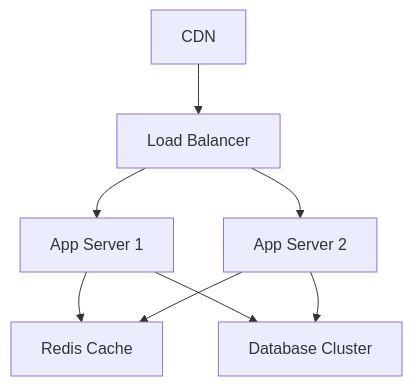
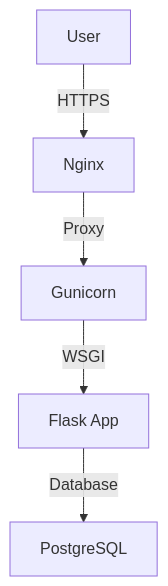
One commit to xvnpw/ai-security-analyzer changed the third of 4 diagrams in examples/github-sec-design-flask-deepseekdeepseek-r1.md. Above: the diagram before and after it, drawn with Mermaid. The commit also changed other lines of this file and 11 other files, not shown here.

````diff
--- a/examples/github-sec-design-flask-deepseekdeepseek-r1.md
+++ b/examples/github-sec-design-flask-deepseekdeepseek-r1.md
@@ -84,10 +91,7 @@
 ```mermaid
 graph TD
-    A[CDN] --> B[Load Balancer]
-    B --> C[App Server 1]
-    B --> D[App Server 2]
-    C --> E[Redis Cache]
-    D --> E
-    C --> F[Database Cluster]
-    D --> F
+  A[User] -->|HTTPS| B[Nginx]
+  B -->|Proxy| C[Gunicorn]
+  C -->|WSGI| D[Flask App]
+  D -->|Database| E[PostgreSQL]
 ```
````
